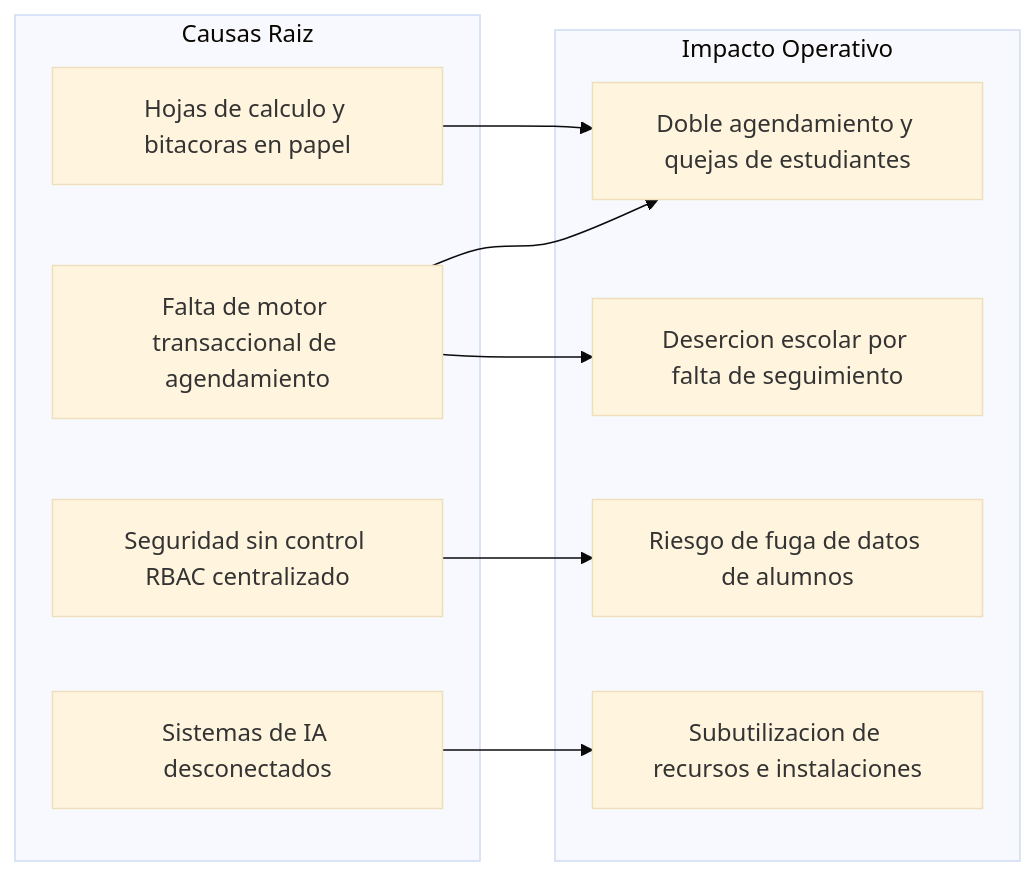
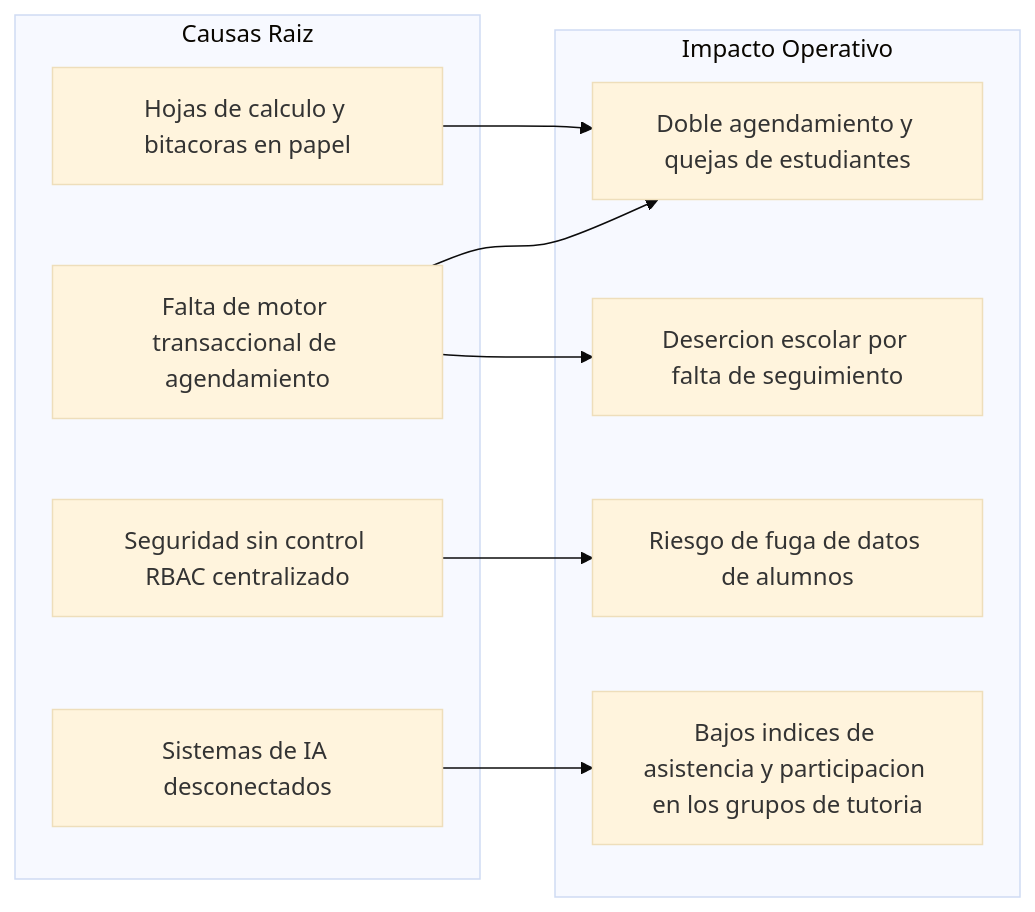
The second of 14 diagrams in design phase/DOCUMENTO_FASE_DISENO_IQ_ENGLISH.md (RBCuevasEscobar/BIU-M5-app), drawn with Mermaid (base theme) before and after one commit. The commit also changed 218 other files, not shown here.

````diff
--- a/design phase/DOCUMENTO_FASE_DISENO_IQ_ENGLISH.md
+++ b/design phase/DOCUMENTO_FASE_DISENO_IQ_ENGLISH.md
@@ -40,22 +40,22 @@
 ```mermaid
 flowchart LR
     subgraph Causas["Causas Raiz"]
         C1["Hojas de calculo y bitacoras en papel"]
         C2["Falta de motor transaccional de agendamiento"]
         C3["Seguridad sin control RBAC centralizado"]
         C4["Sistemas de IA desconectados"]
     end
 
     subgraph Efectos["Impacto Operativo"]
         E1["Doble agendamiento y quejas de estudiantes"]
         E2["Desercion escolar por falta de seguimiento"]
         E3["Riesgo de fuga de datos de alumnos"]
-        E4["Subutilizacion de recursos e instalaciones"]
+        E4["Bajos indices de asistencia y participacion en los grupos de tutoria"]
     end
 
     C1 --> E1
     C2 --> E1
     C2 --> E2
     C3 --> E3
     C4 --> E4
 ```
````
